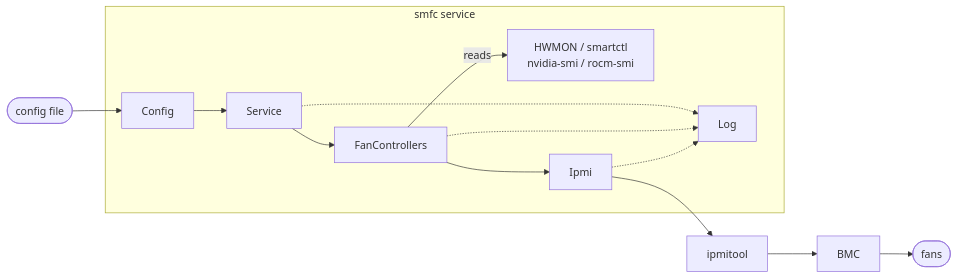
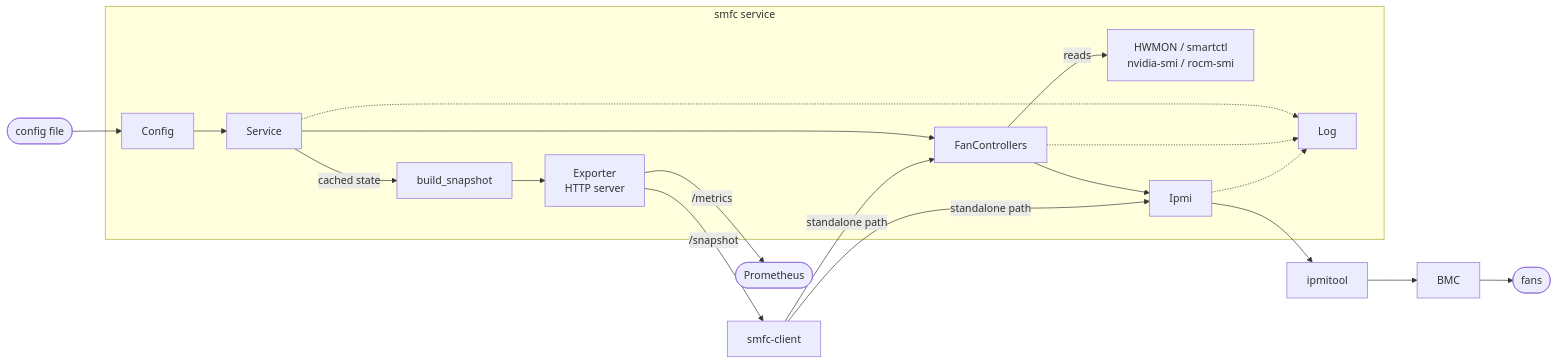
The first of 10 diagrams in ARCHITECTURE.md (petersulyok/smfc), drawn with Mermaid before and after one commit. The commit also changed other lines of this file and 1 other file, not shown here.

Commit message:
New: http exporter and smfc-client documentation updated.

````diff
--- a/ARCHITECTURE.md
+++ b/ARCHITECTURE.md
@@ -30,14 +30,20 @@
 ```mermaid
 flowchart LR
     CFG([config file]) --> Config
     subgraph smfc[smfc service]
         Config --> Service
         Service --> FC[FanControllers]
         FC -- reads --> Sensors[HWMON / smartctl<br/>nvidia-smi / rocm-smi]
         FC --> Ipmi
         Service -.-> Log
         FC -.-> Log
         Ipmi -.-> Log
+        Service -- cached state --> Snapshot[build_snapshot]
+        Snapshot --> Exporter[Exporter\nHTTP server]
     end
     Ipmi --> IT[ipmitool] --> BMC --> Fans([fans])
+    Exporter -- /snapshot --> Client[smfc-client]
+    Exporter -- /metrics --> Prom([Prometheus])
+    Client -- standalone path --> Ipmi
+    Client -- standalone path --> FC
 ```
````
